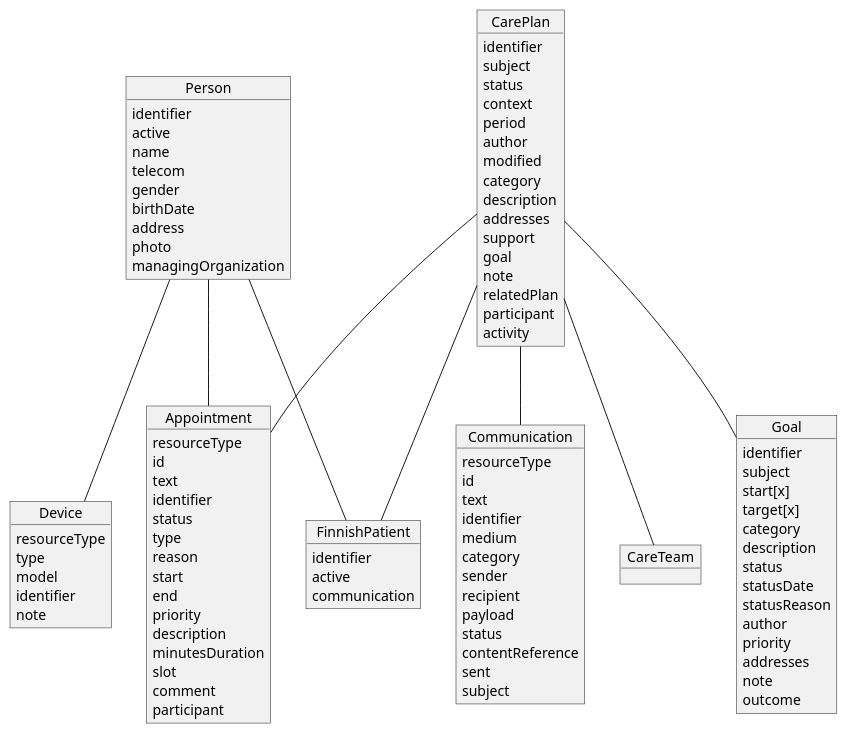
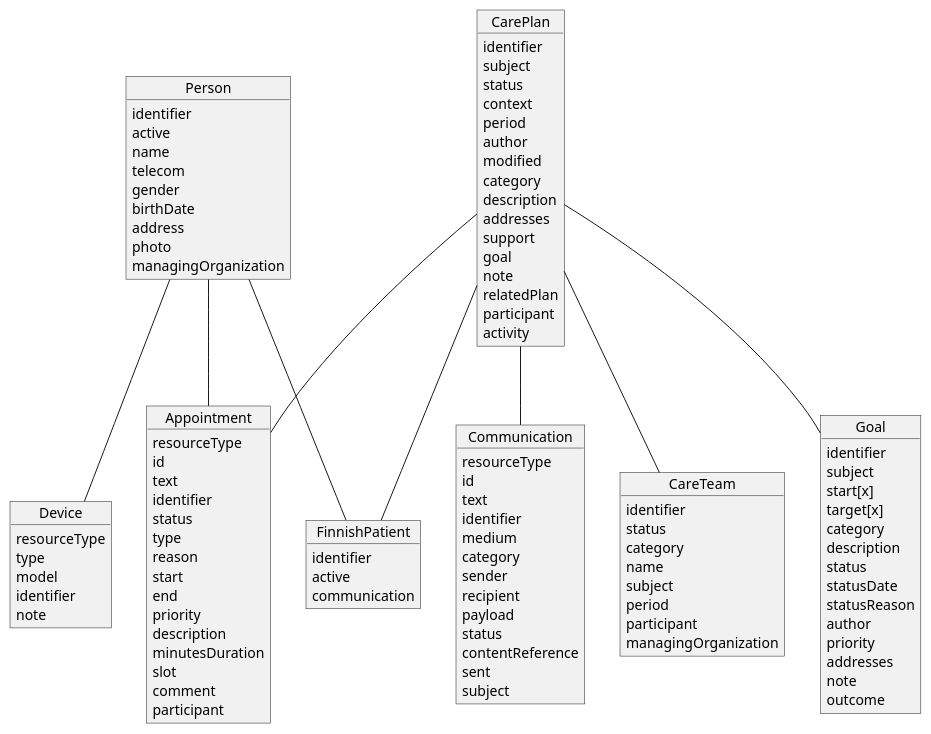
Before and after one commit to omahoito/rfc: the diagram in profiles/DRAFTS/datamodel.plantuml, drawn with PlantUML.

```diff
--- a/profiles/DRAFTS/datamodel.plantuml
+++ b/profiles/DRAFTS/datamodel.plantuml
@@ -1,110 +1,118 @@
 @startuml
-
 object Appointment
 
 Appointment : resourceType
 Appointment : id
 Appointment : text
 Appointment : identifier
 Appointment : status
 Appointment : type
 Appointment : reason
 Appointment : start
 Appointment : end
 Appointment : priority
 Appointment : description
 Appointment : minutesDuration
 Appointment : slot
 Appointment : comment
 Appointment : participant
 
 object Communication
 
 Communication : resourceType
 Communication : id
 Communication : text
 Communication : identifier
 Communication : medium
 Communication : category
 Communication : sender
 Communication : recipient
 Communication : payload
 Communication : status
 Communication : contentReference
 Communication : sent
 Communication : subject
 
 object Device
 
 Device : resourceType
 Device : type
 Device : model
 Device : identifier
 Device : note
 
 object FinnishPatient
 
 FinnishPatient : identifier
 FinnishPatient : active
 FinnishPatient : communication
 
 object Person
 
 Person : identifier
 Person : active
 Person : name
 Person : telecom
 Person : gender
 Person : birthDate
 Person : address
 Person : photo
 Person : managingOrganization
 
 object CarePlan
 CarePlan : identifier
 CarePlan : subject
 CarePlan : status
 CarePlan : context
 CarePlan : period
 CarePlan : author
 CarePlan : modified
 CarePlan : category
 CarePlan : description
 CarePlan : addresses
 CarePlan : support
 CarePlan : goal
 CarePlan : note
 CarePlan : relatedPlan
 CarePlan : participant
 CarePlan : activity
 
 
 object CareTeam
+CareTeam : identifier
+CareTeam : status
+CareTeam : category
+CareTeam : name
+CareTeam : subject
+CareTeam : period
+CareTeam : participant
+CareTeam : managingOrganization
+
 
 object Goal
 Goal : identifier
 Goal : subject
 Goal : start[x]
 Goal : target[x]
 Goal : category
 Goal : description
 Goal : status
 Goal : statusDate
 Goal : statusReason
 Goal : author
 Goal : priority
 Goal : addresses
 Goal : note
 Goal : outcome
 
+
 Person -- FinnishPatient
 Person -- Device
 Person -- Appointment
 
 CarePlan -- FinnishPatient
 CarePlan -- Appointment
 CarePlan -- Communication
 CarePlan -- CareTeam
 CarePlan -- Goal
-
 @enduml
```
